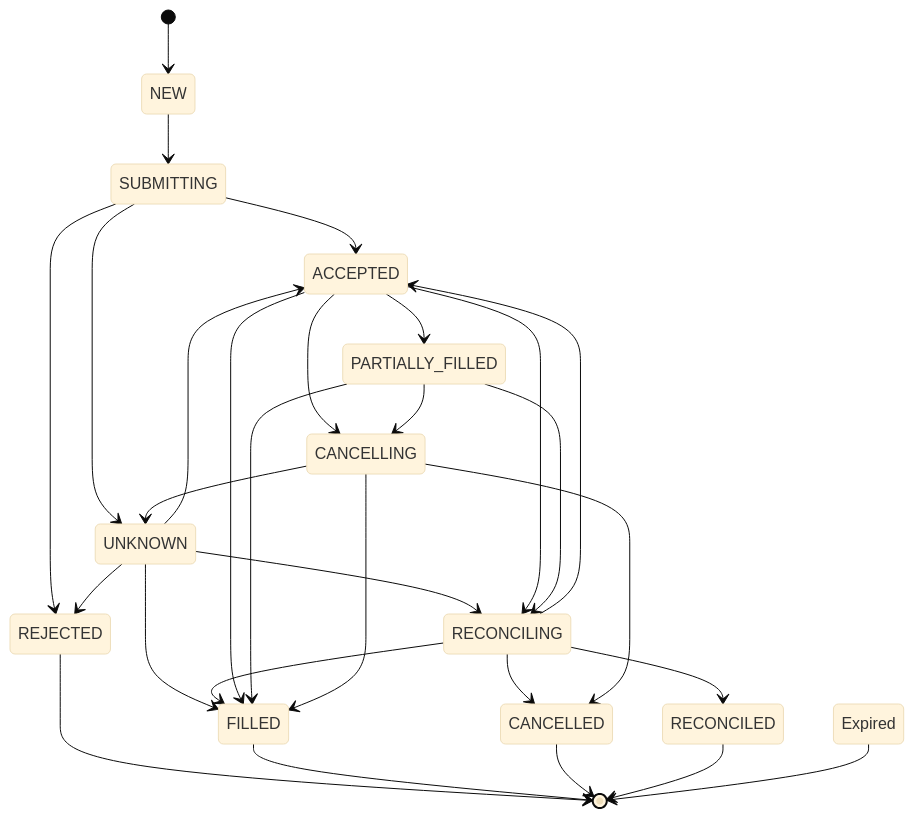
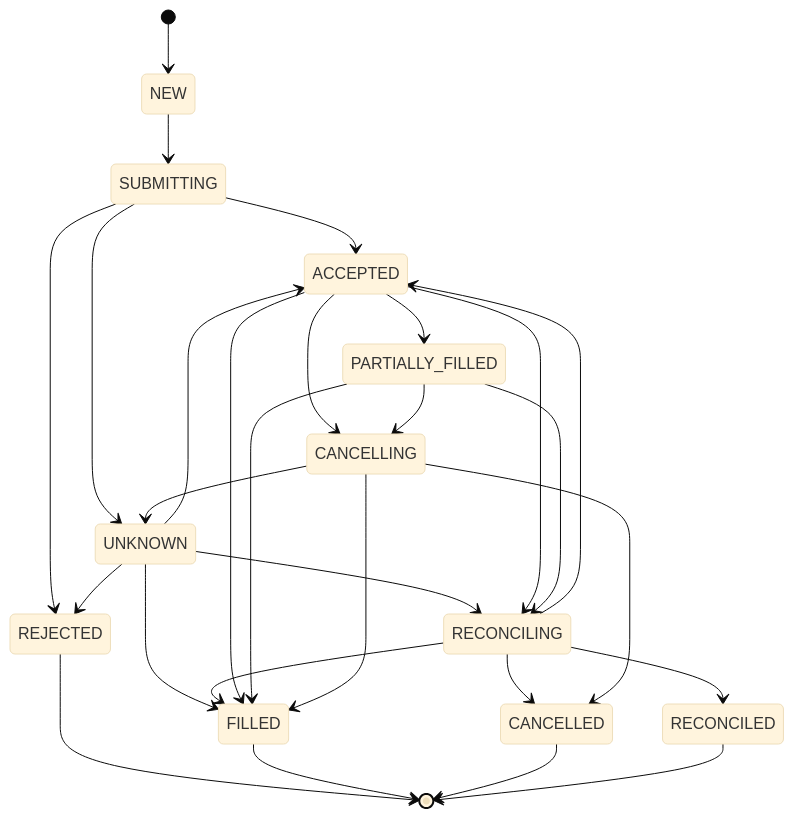
The second of 2 diagrams in docs/architecture/execution.md (D1ZZY4/indodax-mcp), drawn with Mermaid (base theme) before and after one commit. The commit also changed 14 other files, not shown here.

First line of the commit message:
docs(truth): remove doubles, fix stale claims, align diagrams

````diff
--- a/docs/architecture/execution.md
+++ b/docs/architecture/execution.md
@@ -20,31 +20,30 @@
 ```mermaid
 stateDiagram-v2
     [*] --> NEW
     NEW --> SUBMITTING
     SUBMITTING --> ACCEPTED
     SUBMITTING --> REJECTED
     SUBMITTING --> UNKNOWN
     UNKNOWN --> ACCEPTED
     UNKNOWN --> FILLED
     UNKNOWN --> REJECTED
     UNKNOWN --> RECONCILING
     RECONCILING --> RECONCILED
     RECONCILING --> ACCEPTED
     RECONCILING --> FILLED
     RECONCILING --> CANCELLED
     ACCEPTED --> PARTIALLY_FILLED
     ACCEPTED --> FILLED
     ACCEPTED --> CANCELLING
     ACCEPTED --> RECONCILING
     PARTIALLY_FILLED --> FILLED
     PARTIALLY_FILLED --> CANCELLING
     PARTIALLY_FILLED --> RECONCILING
     CANCELLING --> CANCELLED
     CANCELLING --> FILLED
     CANCELLING --> UNKNOWN
     REJECTED --> [*]
     FILLED --> [*]
     CANCELLED --> [*]
     RECONCILED --> [*]
-    Expired --> [*]
 ```
````
